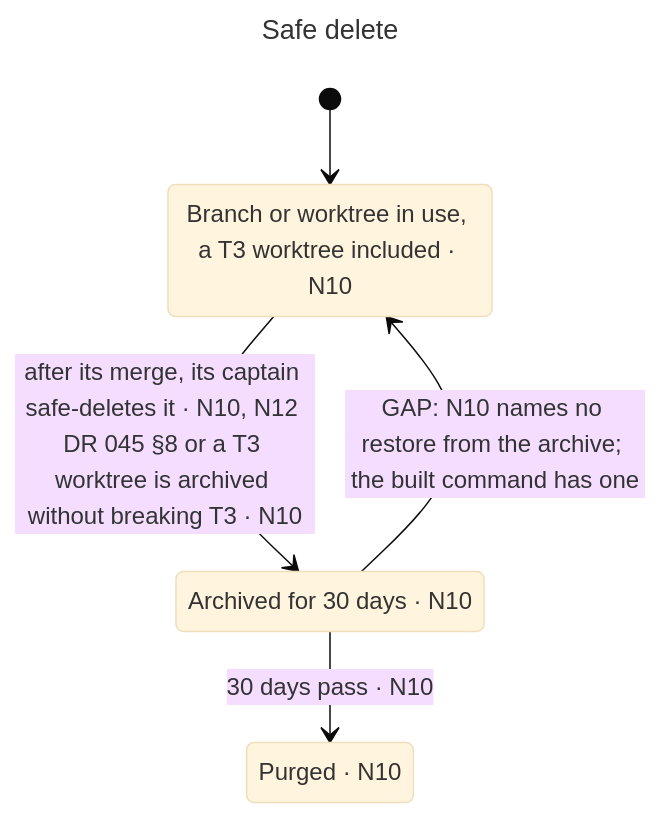
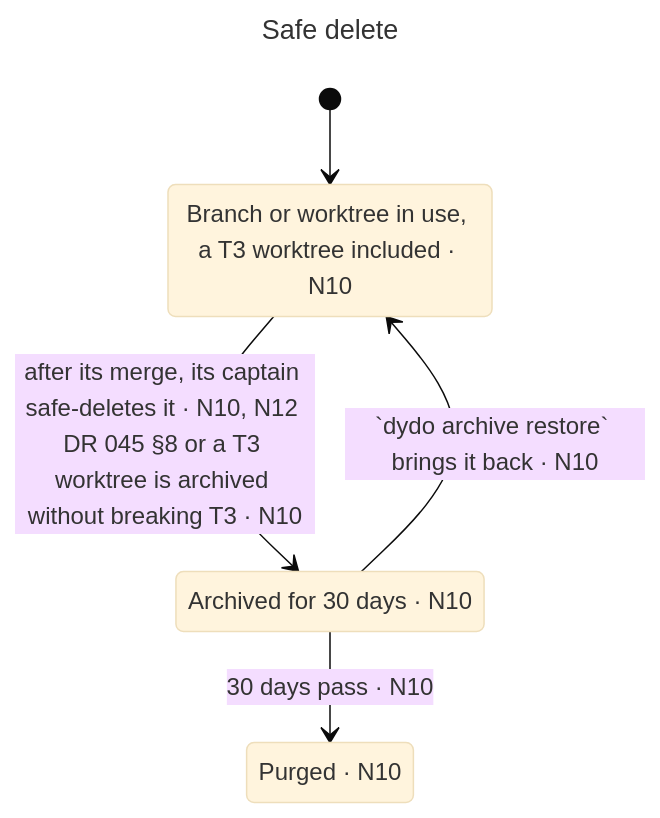
The diagram in claims/statechart/safe-delete/chart.mmd (BalazsOrg/dydo), drawn with Mermaid (base theme) before and after one commit. The commit also changed 9 other files, not shown here.

First line of the commit message:
DYD-1286 implement: charts and statechart README follow the closed GAPs

```diff
--- a/claims/statechart/safe-delete/chart.mmd
+++ b/claims/statechart/safe-delete/chart.mmd
@@ -1,11 +1,11 @@
 ---
 title: "Safe delete"
 ---
 stateDiagram-v2
   s0: Branch or worktree in use, a T3 worktree included #183; N10
   s1: Archived for 30 days #183; N10
   s2: Purged #183; N10
   [*] --> s0
   s0 --> s1: after its merge, its captain safe-deletes it #183; N10, N12 DR 045 #167;8 or a T3 worktree is archived without breaking T3 #183; N10
-  s1 --> s0: GAP: N10 names no restore from the archive#59; the built command has one
+  s1 --> s0: #96;dydo archive restore#96; brings it back #183; N10
   s1 --> s2: 30 days pass #183; N10
```
